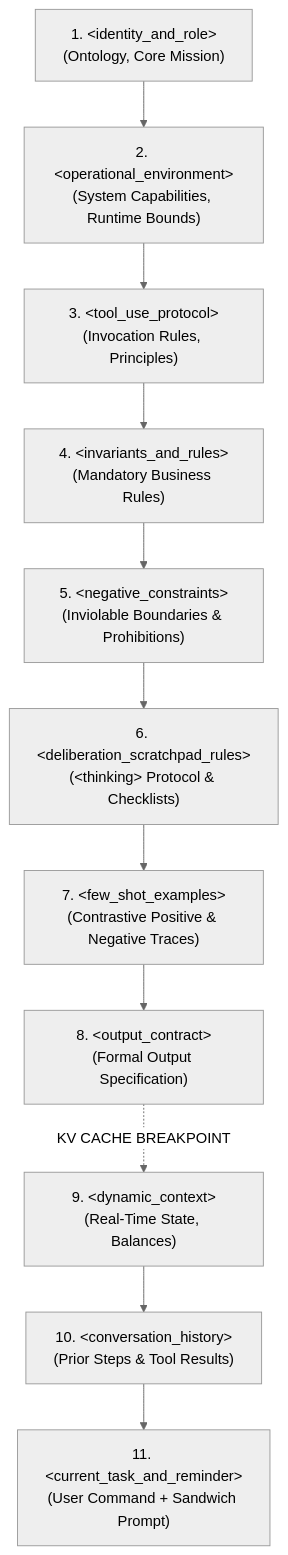
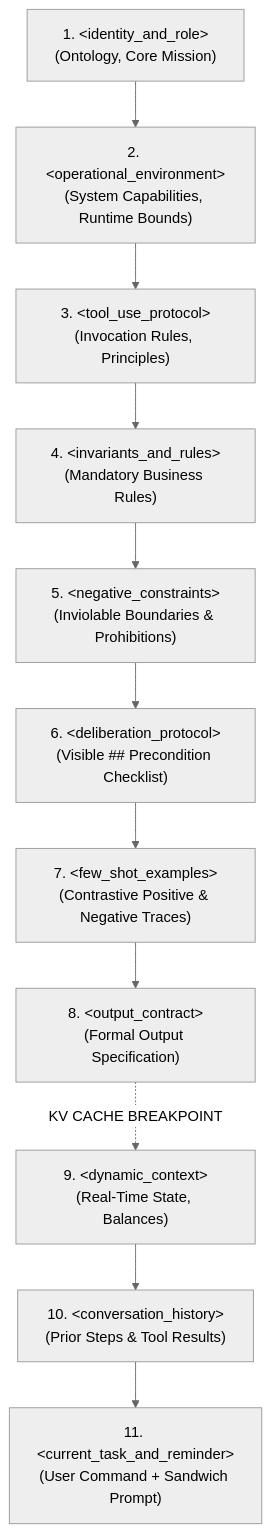
One commit to IgnacioN99/autonomous-trading-desk changed the first of 3 diagrams in docs/agent_prompt_engineering_guide.md. Above: the diagram before and after it, drawn with Mermaid (neutral theme). The commit also changed other lines of this file and 7 other files, not shown here.

````diff
--- a/docs/agent_prompt_engineering_guide.md
+++ b/docs/agent_prompt_engineering_guide.md
@@ -208,13 +208,13 @@
 ```mermaid
 graph TD
     A["1. &lt;identity_and_role&gt;<br/>(Ontology, Core Mission)"] --> B["2. &lt;operational_environment&gt;<br/>(System Capabilities, Runtime Bounds)"]
     B --> C["3. &lt;tool_use_protocol&gt;<br/>(Invocation Rules, Principles)"]
     C --> D["4. &lt;invariants_and_rules&gt;<br/>(Mandatory Business Rules)"]
     D --> E["5. &lt;negative_constraints&gt;<br/>(Inviolable Boundaries & Prohibitions)"]
-    E --> F["6. &lt;deliberation_scratchpad_rules&gt;<br/>(&lt;thinking&gt; Protocol & Checklists)"]
+    E --> F["6. &lt;deliberation_protocol&gt;<br/>(Visible ## Precondition Checklist)"]
     F --> G["7. &lt;few_shot_examples&gt;<br/>(Contrastive Positive & Negative Traces)"]
     G --> H["8. &lt;output_contract&gt;<br/>(Formal Output Specification)"]
     H -.->|KV CACHE BREAKPOINT| I["9. &lt;dynamic_context&gt;<br/>(Real-Time State, Balances)"]
     I --> J["10. &lt;conversation_history&gt;<br/>(Prior Steps & Tool Results)"]
     J --> K["11. &lt;current_task_and_reminder&gt;<br/>(User Command + Sandwich Prompt)"]
 ```
````
